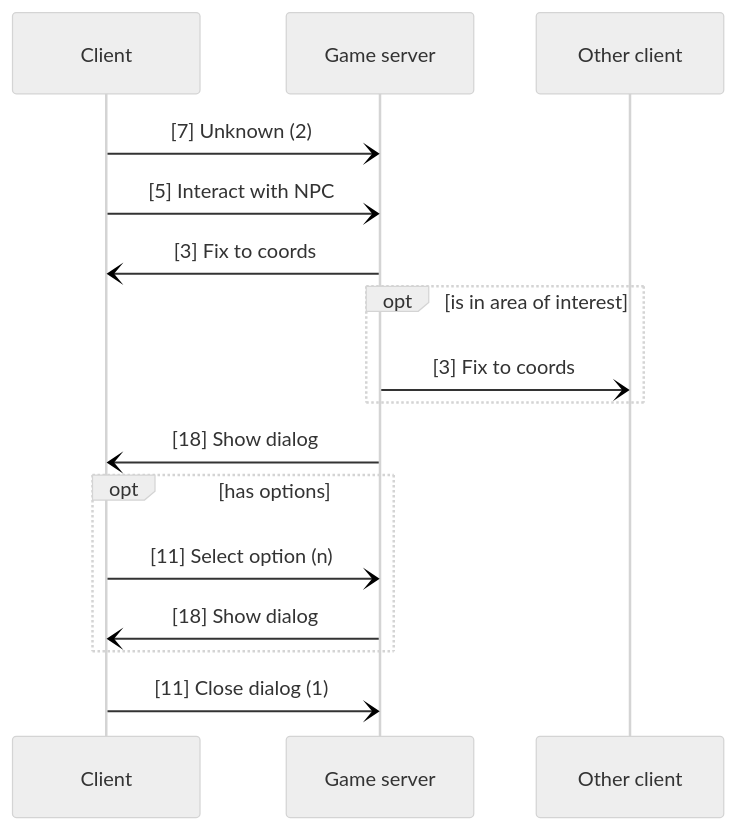
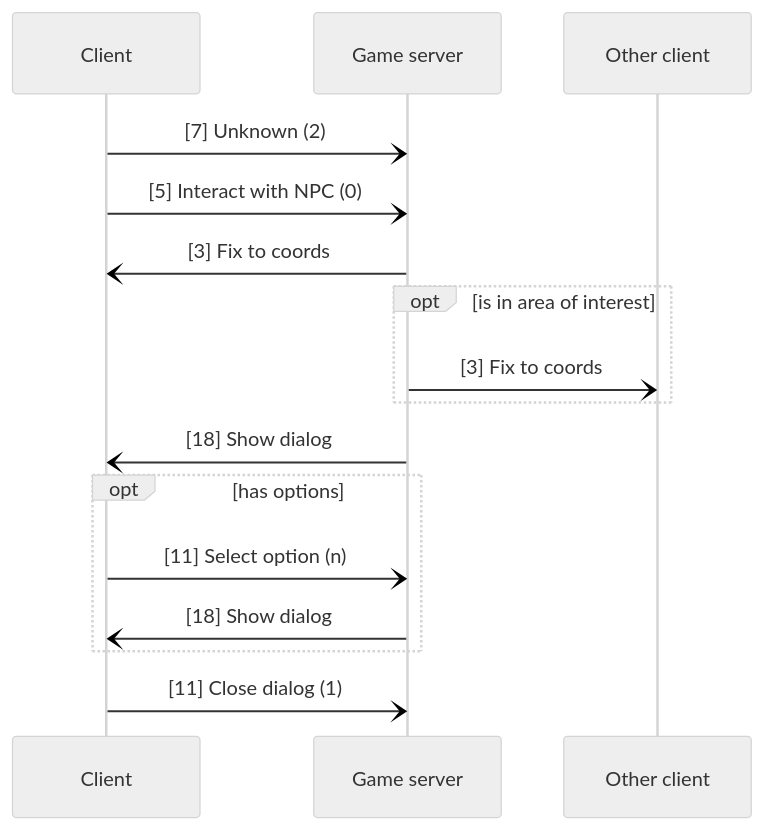
One commit to fygonzalo/banana changed diagram 13 of 15 in README.md. Above: the diagram before and after it, drawn with Mermaid (neutral theme). The commit also changed other lines of this file, not shown here.

````diff
--- a/README.md
+++ b/README.md
@@ -307,18 +310,18 @@
 ```mermaid
 sequenceDiagram
     participant Client
     participant Game server
     participant Other client
     Client-)Game server: [7] Unknown (2)
-    Client-)Game server: [5] Interact with NPC
+    Client-)Game server: [5] Interact with NPC (0)
     Game server-)Client: [3] Fix to coords
     opt is in area of interest
     Game server-)Other client: [3] Fix to coords
     end
     Game server-)Client: [18] Show dialog
     opt has options
     Client-)Game server: [11] Select option (n)
     Game server-)Client: [18] Show dialog
     end
     Client-)Game server: [11] Close dialog (1)
 ```
````
